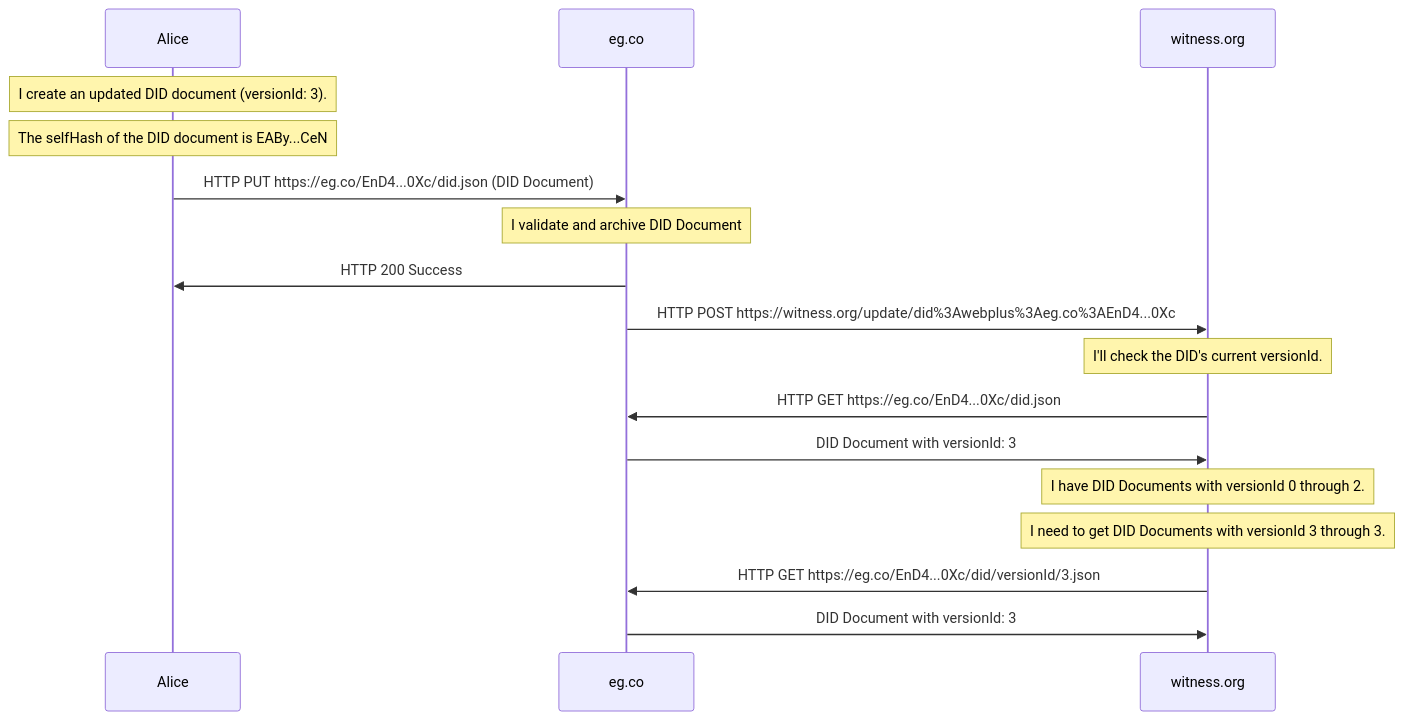
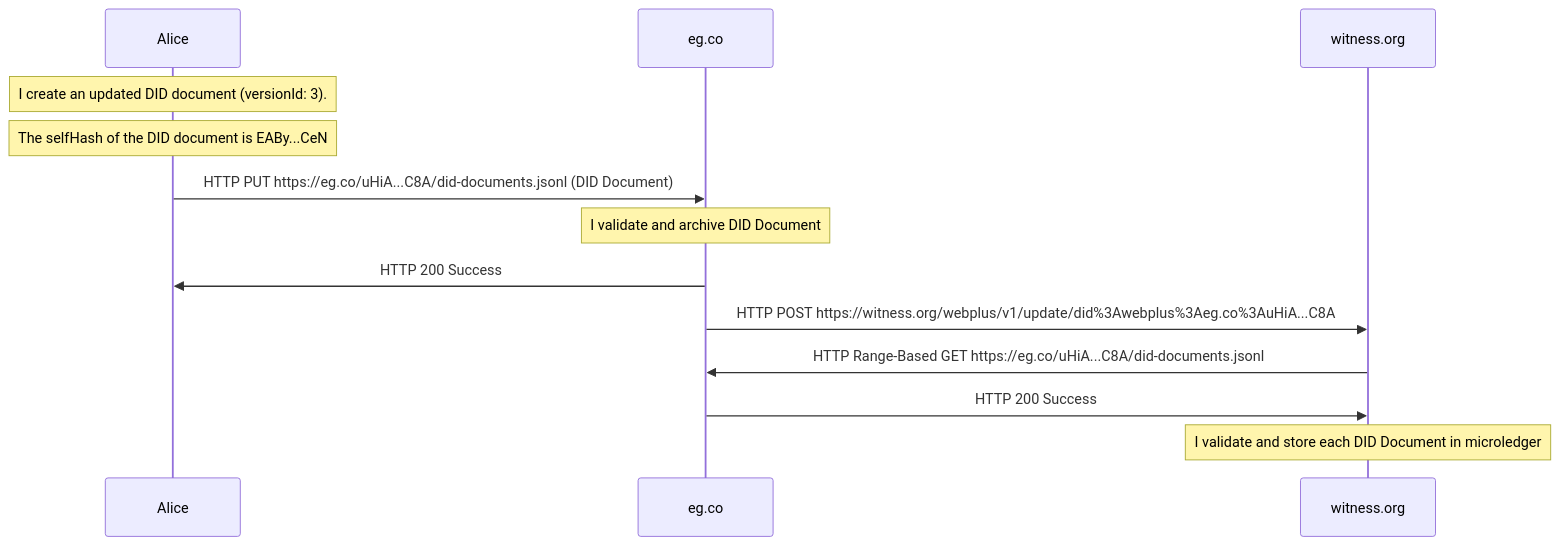
Diagram 15 of 26 in spec.md (LedgerDomain/did-webplus-spec), drawn with Mermaid before and after one commit. The commit also changed other lines of this file and 3 other files, not shown here.

````diff
--- a/spec.md
+++ b/spec.md
@@ -626,16 +565,12 @@
 ```mermaid
 sequenceDiagram
     Note over Alice: I create an updated DID document (versionId: 3).
     Note over Alice: The selfHash of the DID document is EABy...CeN
-    Alice->>eg.co: HTTP PUT https://eg.co/EnD4...0Xc/did.json (DID Document)
+    Alice->>eg.co: HTTP PUT https://eg.co/uHiA...C8A/did-documents.jsonl (DID Document)
     Note over eg.co: I validate and archive DID Document
     eg.co->>Alice: HTTP 200 Success
-    eg.co->>witness.org: HTTP POST https://witness.org/update/did%3Awebplus%3Aeg.co%3AEnD4...0Xc
-    Note over witness.org: I'll check the DID's current versionId.
-    witness.org->>eg.co: HTTP GET https://eg.co/EnD4...0Xc/did.json
-    eg.co->>witness.org: DID Document with versionId: 3
-    Note over witness.org: I have DID Documents with versionId 0 through 2.
-    Note over witness.org: I need to get DID Documents with versionId 3 through 3.
-    witness.org->>eg.co: HTTP GET https://eg.co/EnD4...0Xc/did/versionId/3.json
-    eg.co->>witness.org: DID Document with versionId: 3
+    eg.co->>witness.org: HTTP POST https://witness.org/webplus/v1/update/did%3Awebplus%3Aeg.co%3AuHiA...C8A
+    witness.org->>eg.co: HTTP Range-Based GET https://eg.co/uHiA...C8A/did-documents.jsonl
+    eg.co->>witness.org: HTTP 200 Success
+    Note over witness.org: I validate and store each DID Document in microledger
 ```
````
